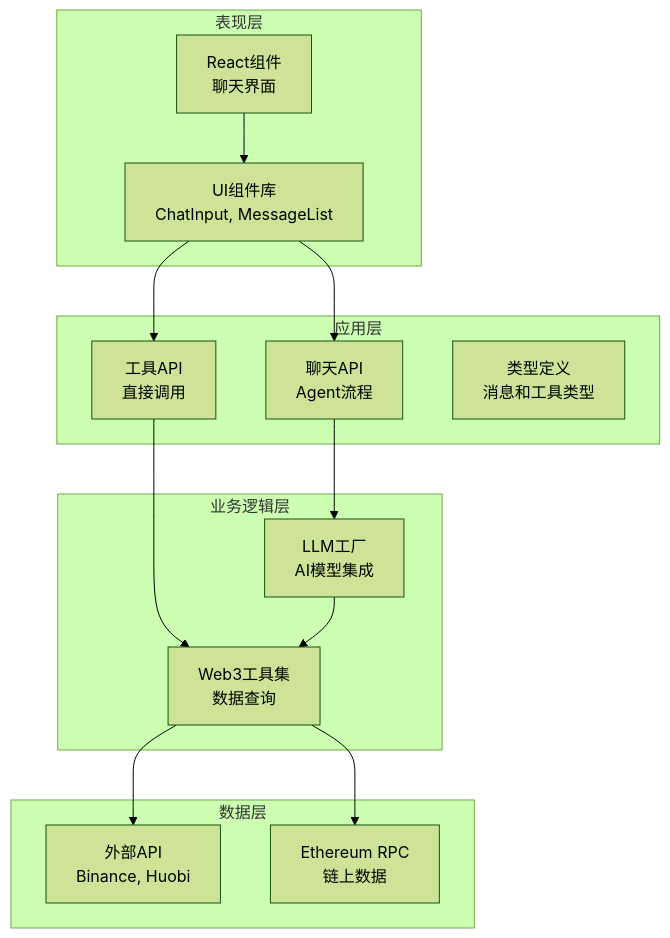
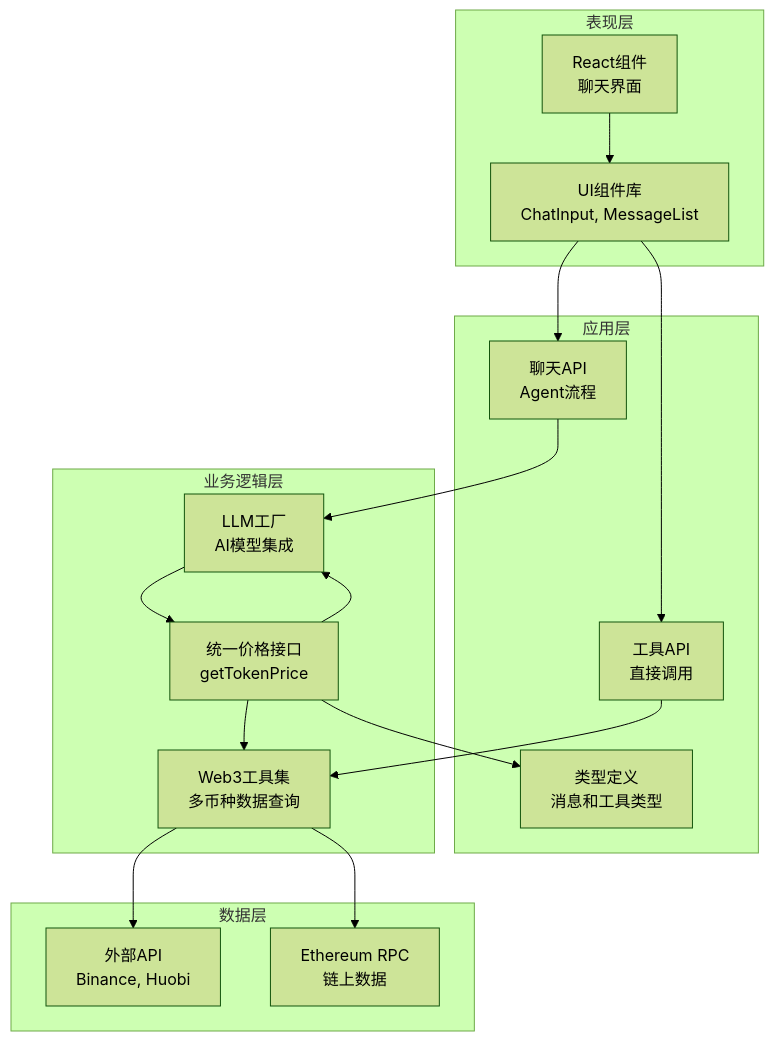
The second of 12 diagrams in .qoder/repowiki/zh/content/Web3工具集成/核心Web3工具实现/BTC价格查询工具.md (CryptoLinxu/Web3-AI-Agent), drawn with Mermaid (forest theme) before and after one commit. The commit also changed other lines of this file and 9 other files, not shown here.

````diff
--- a/.qoder/repowiki/zh/content/Web3工具集成/核心Web3工具实现/BTC价格查询工具.md
+++ b/.qoder/repowiki/zh/content/Web3工具集成/核心Web3工具实现/BTC价格查询工具.md
@@ -120,28 +132,32 @@
 ```mermaid
 graph TB
 subgraph "表现层"
 UI[React组件<br/>聊天界面]
 COMPONENTS[UI组件库<br/>ChatInput, MessageList]
 end
 subgraph "应用层"
 CHAT_API[聊天API<br/>Agent流程]
 TOOL_API[工具API<br/>直接调用]
 TYPES[类型定义<br/>消息和工具类型]
 end
 subgraph "业务逻辑层"
 LLM[LLM工厂<br/>AI模型集成]
-TOOLS[Web3工具集<br/>数据查询]
+TOOLS[Web3工具集<br/>多币种数据查询]
+ENDPOINT[统一价格接口<br/>getTokenPrice]
+ENDPOINT --> TOOLS
+ENDPOINT --> LLM
+ENDPOINT --> TYPES
 end
 subgraph "数据层"
 EXTERNAL[外部API<br/>Binance, Huobi]
 ETHEREUM[Ethereum RPC<br/>链上数据]
 end
 UI --> COMPONENTS
 COMPONENTS --> CHAT_API
 COMPONENTS --> TOOL_API
 CHAT_API --> LLM
 TOOL_API --> TOOLS
-LLM --> TOOLS
+LLM --> ENDPOINT
 TOOLS --> EXTERNAL
 TOOLS --> ETHEREUM
 ```
````
